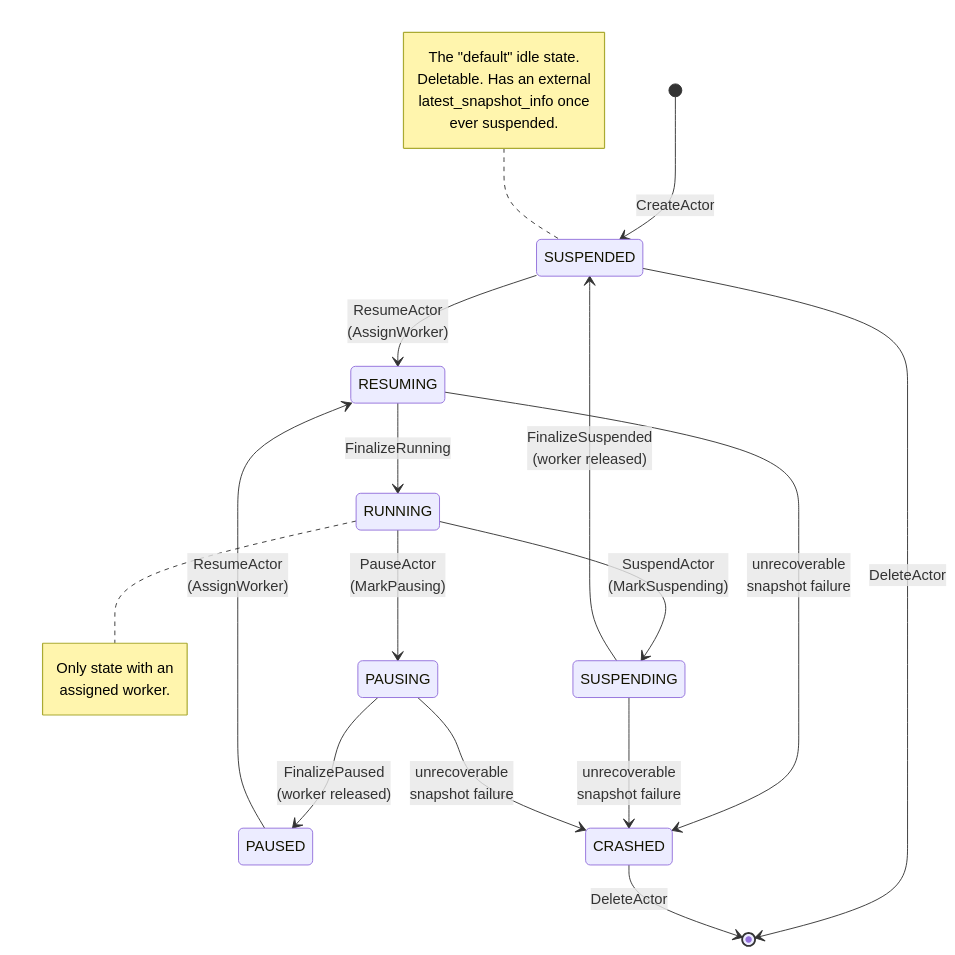
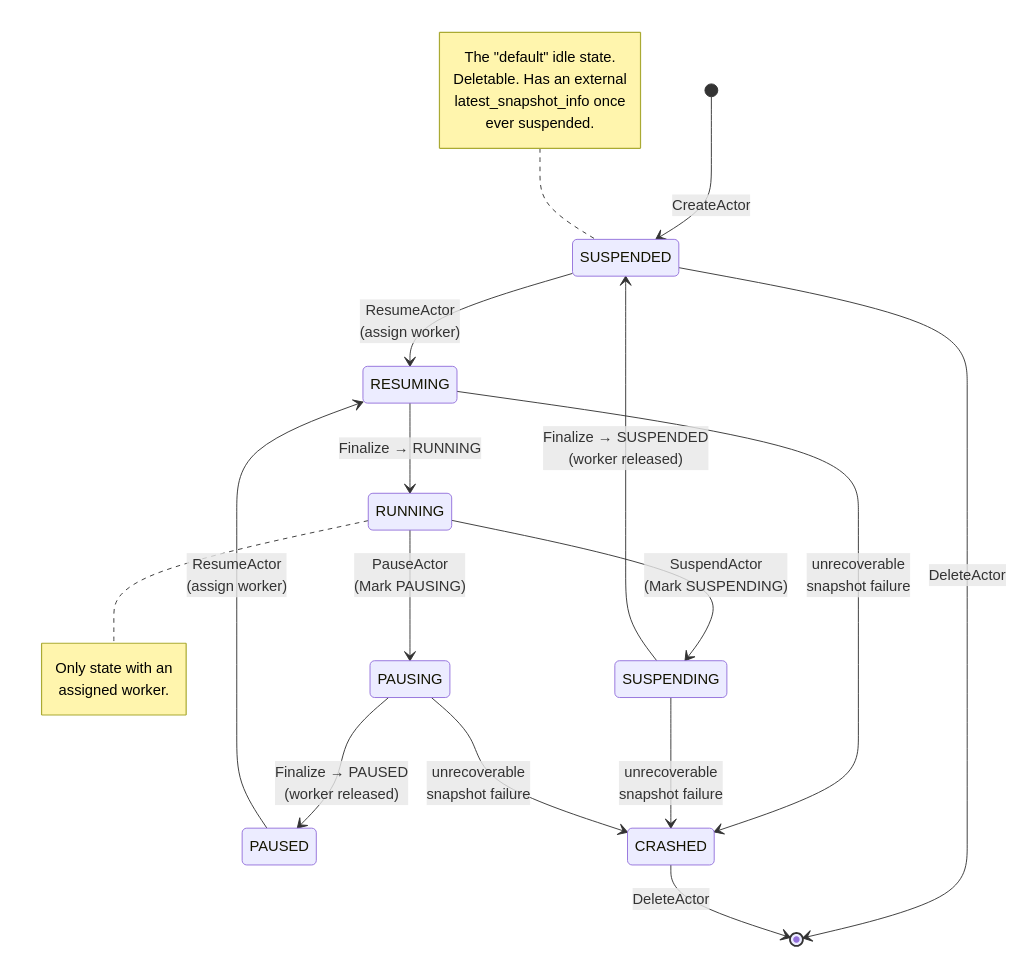
Before and after one commit to christian-posta/substrate: the first of 2 diagrams in atlas/src/content/docs/flows/actor-lifecycle.mdx, drawn with Mermaid. The commit also changed other lines of this file and 27 other files, not shown here.

````diff
--- a/atlas/src/content/docs/flows/actor-lifecycle.mdx
+++ b/atlas/src/content/docs/flows/actor-lifecycle.mdx
@@ -23,29 +22,29 @@
 ```mermaid
 stateDiagram-v2
   [*] --> SUSPENDED: CreateActor
-  SUSPENDED --> RESUMING: ResumeActor<br/>(AssignWorker)
-  PAUSED --> RESUMING: ResumeActor<br/>(AssignWorker)
-  RESUMING --> RUNNING: FinalizeRunning
-  RUNNING --> SUSPENDING: SuspendActor<br/>(MarkSuspending)
-  SUSPENDING --> SUSPENDED: FinalizeSuspended<br/>(worker released)
-  RUNNING --> PAUSING: PauseActor<br/>(MarkPausing)
-  PAUSING --> PAUSED: FinalizePaused<br/>(worker released)
+  SUSPENDED --> RESUMING: ResumeActor<br/>(assign worker)
+  PAUSED --> RESUMING: ResumeActor<br/>(assign worker)
+  RESUMING --> RUNNING: Finalize → RUNNING
+  RUNNING --> SUSPENDING: SuspendActor<br/>(Mark SUSPENDING)
+  SUSPENDING --> SUSPENDED: Finalize → SUSPENDED<br/>(worker released)
+  RUNNING --> PAUSING: PauseActor<br/>(Mark PAUSING)
+  PAUSING --> PAUSED: Finalize → PAUSED<br/>(worker released)
   SUSPENDED --> [*]: DeleteActor
   CRASHED --> [*]: DeleteActor
 
   RESUMING --> CRASHED: unrecoverable<br/>snapshot failure
   SUSPENDING --> CRASHED: unrecoverable<br/>snapshot failure
   PAUSING --> CRASHED: unrecoverable<br/>snapshot failure
 
   note right of RUNNING
     Only state with an
     assigned worker.
   end note
 
   note left of SUSPENDED
     The "default" idle state.
     Deletable. Has an external
     latest_snapshot_info once
     ever suspended.
   end note
 ```
````
